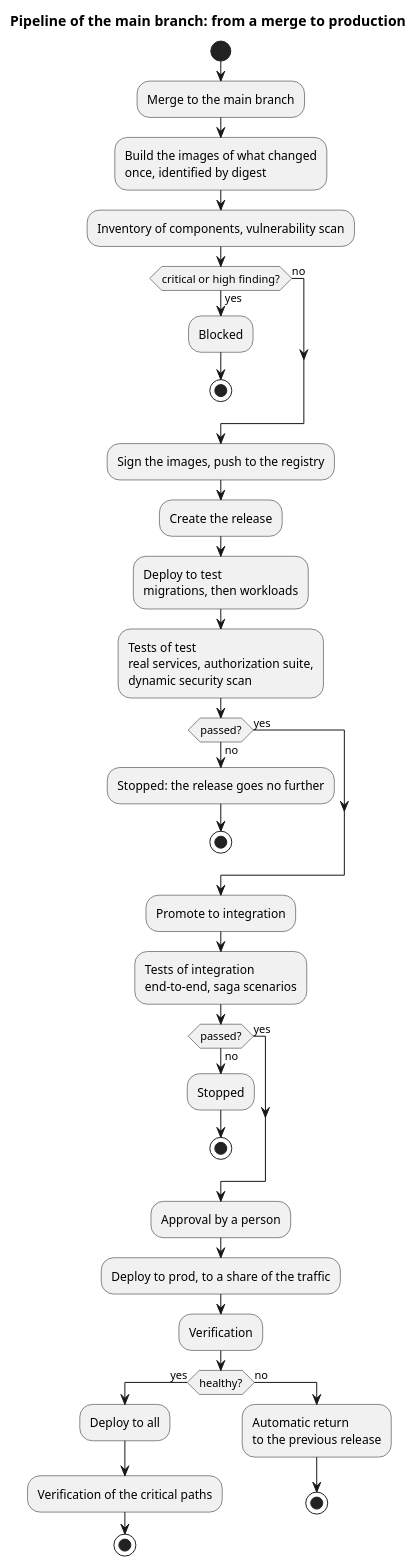
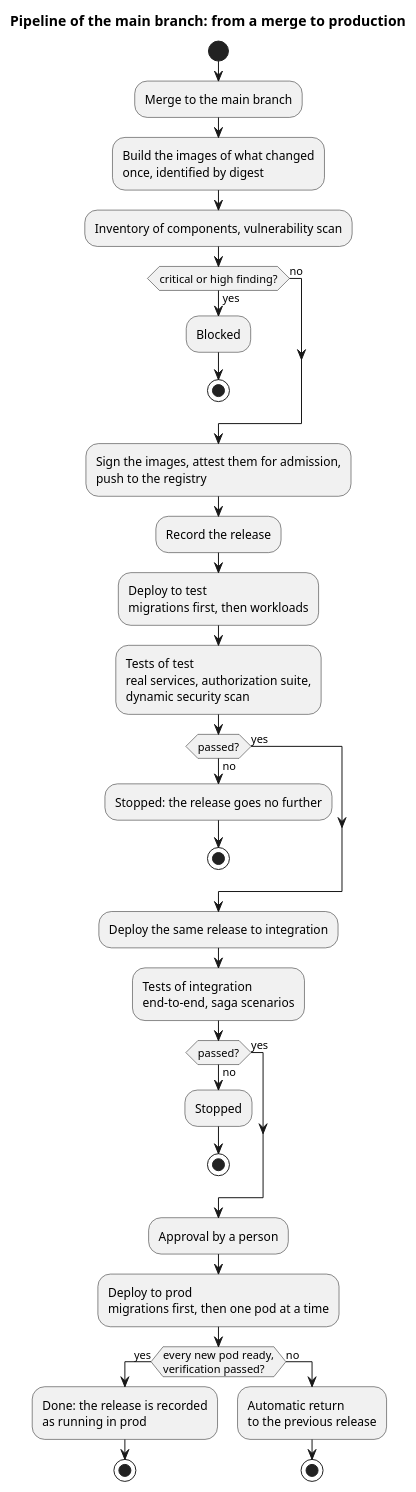
One commit to AxeloLabs/alten-commerce-platform changed the diagram in doc/2-spec/06-platform-operations/diagrams/pipeline-release.puml. Above: the diagram before and after it, drawn with PlantUML. The commit also changed 3 other files, not shown here.

First line of the commit message:
doc · W42 — spec LOT 6 : livraison réécrite — GitHub Actions construit et livre, Helm applique, migrations en étape de chart, retour arrière automatique, admission par attestation (ADR-PLT-031 remplace ADR-PLT-027)

```diff
--- a/doc/2-spec/06-platform-operations/diagrams/pipeline-release.puml
+++ b/doc/2-spec/06-platform-operations/diagrams/pipeline-release.puml
@@ -1,39 +1,37 @@
 @startuml
 title Pipeline of the main branch: from a merge to production
 start
 :Merge to the main branch;
 :Build the images of what changed\nonce, identified by digest;
 :Inventory of components, vulnerability scan;
 if (critical or high finding?) then (yes)
   :Blocked;
   stop
 else (no)
 endif
-:Sign the images, push to the registry;
-:Create the release;
-:Deploy to test\nmigrations, then workloads;
+:Sign the images, attest them for admission,\npush to the registry;
+:Record the release;
+:Deploy to test\nmigrations first, then workloads;
 :Tests of test\nreal services, authorization suite,\ndynamic security scan;
 if (passed?) then (yes)
 else (no)
   :Stopped: the release goes no further;
   stop
 endif
-:Promote to integration;
+:Deploy the same release to integration;
 :Tests of integration\nend-to-end, saga scenarios;
 if (passed?) then (yes)
 else (no)
   :Stopped;
   stop
 endif
 :Approval by a person;
-:Deploy to prod, to a share of the traffic;
-:Verification;
-if (healthy?) then (yes)
-  :Deploy to all;
-  :Verification of the critical paths;
+:Deploy to prod\nmigrations first, then one pod at a time;
+if (every new pod ready,\nverification passed?) then (yes)
+  :Done: the release is recorded\nas running in prod;
   stop
 else (no)
   :Automatic return\nto the previous release;
   stop
 endif
 @enduml
```
